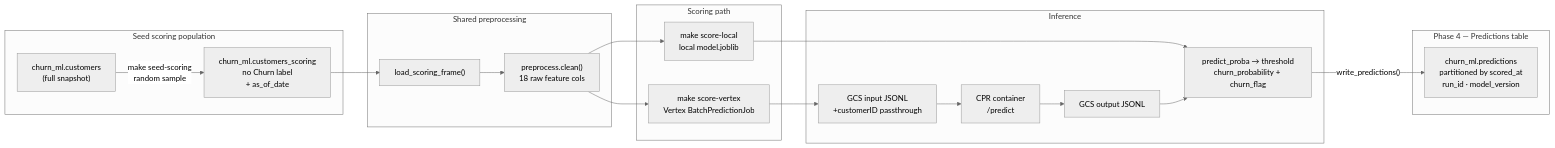
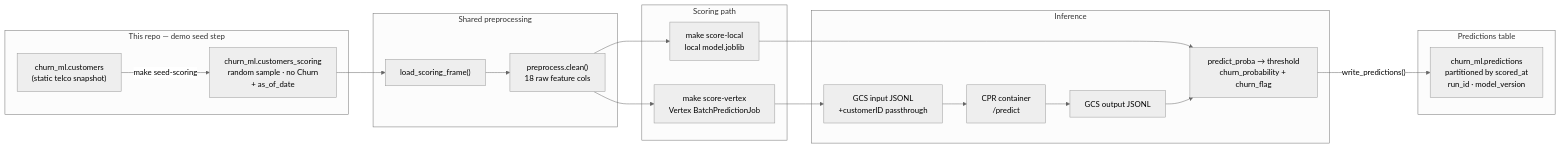
One commit to carol-baptista/vertex-churn-pipeline changed the second of 4 diagrams in README.md. Above: the diagram before and after it, drawn with Mermaid (neutral theme). The commit also changed other lines of this file, not shown here.

Commit message:
Update README to clarify batch scoring process and seed scoring commands. Enhance documentation on the active customer population and its role in predictions. Refactor diagrams and explanations for improved understanding of production workflows and scoring steps.

````diff
--- a/README.md
+++ b/README.md
@@ -47,36 +47,36 @@
 ```mermaid
 flowchart LR
-  subgraph seed["Seed scoring population"]
-    BQfull["churn_ml.customers\n(full snapshot)"]
-    BQscore["churn_ml.customers_scoring\nno Churn label\n+ as_of_date"]
-    BQfull -->|"make seed-scoring\nrandom sample"| BQscore
+  subgraph demo["This repo — demo seed step"]
+    BQfull["churn_ml.customers\n(static telco snapshot)"]
+    BQscore["churn_ml.customers_scoring\nrandom sample · no Churn\n+ as_of_date"]
+    BQfull -->|"make seed-scoring"| BQscore
   end
 
   subgraph prep["Shared preprocessing"]
     Read["load_scoring_frame()"]
     Clean2["preprocess.clean()\n18 raw feature cols"]
     Read --> Clean2
     BQscore --> Read
   end
 
   subgraph paths["Scoring path"]
     Local["make score-local\nlocal model.joblib"]
     Vertex["make score-vertex\nVertex BatchPredictionJob"]
     Clean2 --> Local
     Clean2 --> Vertex
   end
 
   subgraph infer["Inference"]
     Proba["predict_proba → threshold\nchurn_probability + churn_flag"]
     Local --> Proba
     GCSin["GCS input JSONL\n+customerID passthrough"]
     CPR["CPR container\n/predict"]
     GCSout["GCS output JSONL"]
     Vertex --> GCSin --> CPR --> GCSout --> Proba
   end
 
-  subgraph out["Phase 4 — Predictions table"]
+  subgraph out["Predictions table"]
     Pred["churn_ml.predictions\npartitioned by scored_at\nrun_id · model_version"]
     Proba -->|"write_predictions()"| Pred
   end
 ```
````
